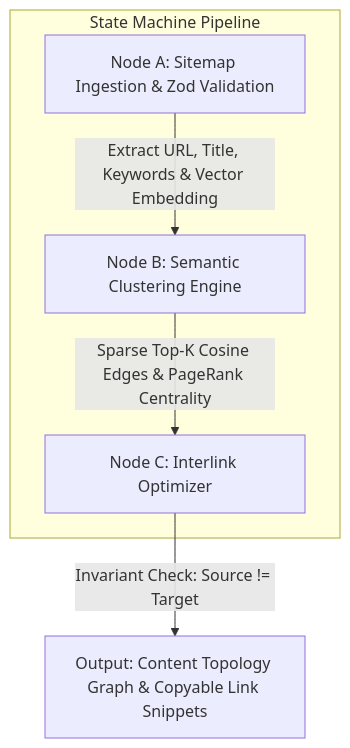
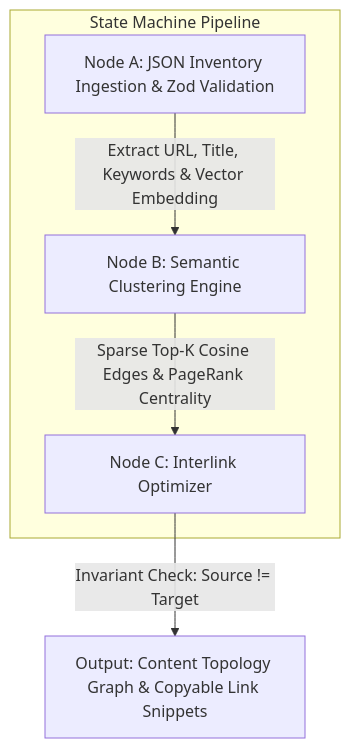
Before and after one commit to bscodes/seo-content-graph-agent: the diagram in README.md, drawn with Mermaid. The commit also changed other lines of this file and 5 other files, not shown here.

Commit message:
fix: rename sitemap to JSON inventory, harden Dockerfile, and expand test coverage

````diff
--- a/README.md
+++ b/README.md
@@ -23,12 +23,12 @@
 ```mermaid
 graph TD
-    A[Node A: Sitemap Ingestion & Zod Validation] -->|Extract URL, Title, Keywords & Vector Embedding| B[Node B: Semantic Clustering Engine]
+    A[Node A: JSON Inventory Ingestion & Zod Validation] -->|Extract URL, Title, Keywords & Vector Embedding| B[Node B: Semantic Clustering Engine]
     B -->|Sparse Top-K Cosine Edges & PageRank Centrality| C[Node C: Interlink Optimizer]
     C -->|Invariant Check: Source != Target| D[Output: Content Topology Graph & Copyable Link Snippets]
 
     subgraph "State Machine Pipeline"
     A
     B
     C
     end
 ```
````
